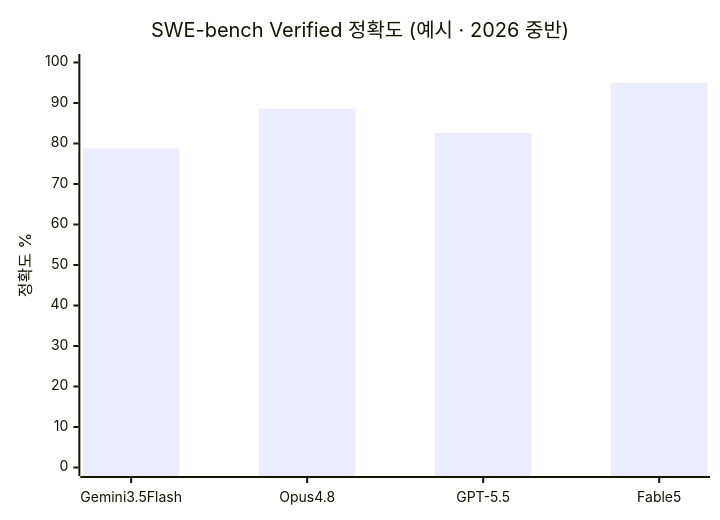
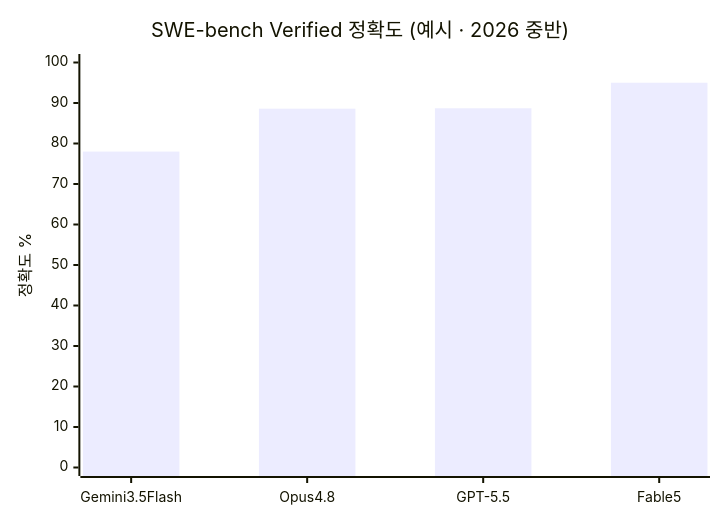
The second of 6 diagrams in books/md/Chapter 1. Kick-off & Agent 패러다임.md (Yo-sure/deepagents-handson), drawn with Mermaid before and after one commit. The commit also changed other lines of this file and 5 other files, not shown here.

Commit message:
패널 검증 수정: Ch1 벤치 정정(GPT-5.5 88.7 복원·2층 서술)·다크토글 제거·대비 AA·flow-5·로드맵 라벨·OKF safe_dump+톤다운

````diff
--- a/books/md/Chapter 1. Kick-off & Agent 패러다임.md
+++ b/books/md/Chapter 1. Kick-off & Agent 패러다임.md
@@ -115,7 +115,7 @@
 ```mermaid
 xychart-beta
     title "SWE-bench Verified 정확도 (예시 · 2026 중반)"
     x-axis ["Gemini3.5Flash", "Opus4.8", "GPT-5.5", "Fable5"]
     y-axis "정확도 %" 0 --> 100
-    bar [78.8, 88.6, 82.6, 95]
+    bar [78, 88.6, 88.7, 95]
 ```
````
